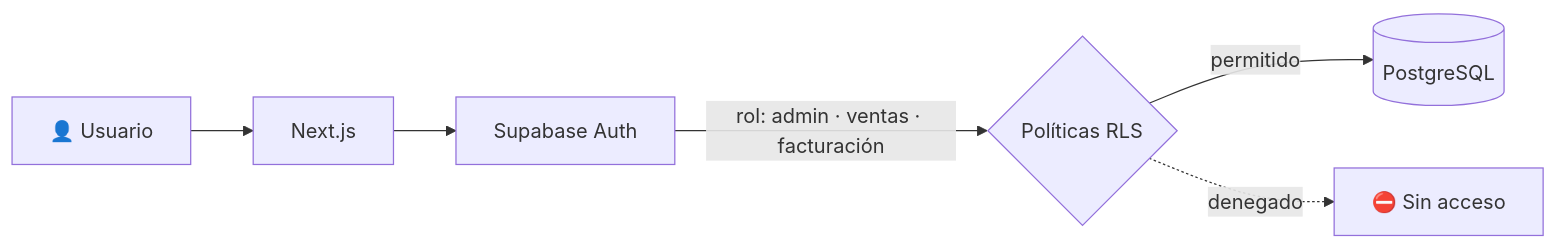
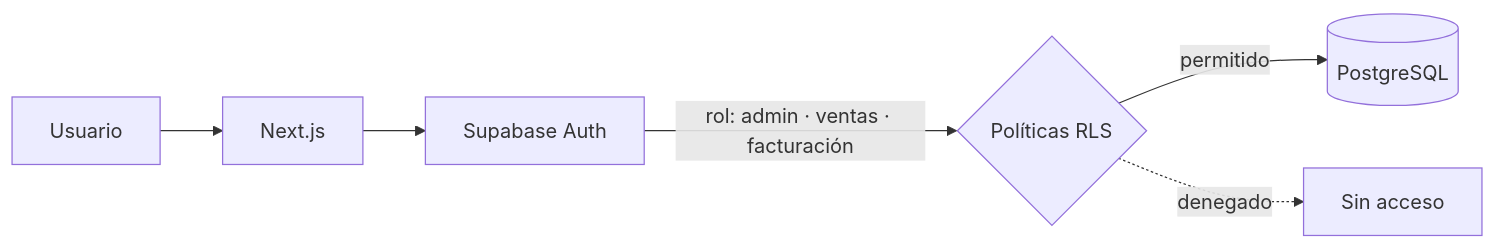
One commit to meyern01/arabsa-b2b-platform changed the diagram in README.md. Above: the diagram before and after it, drawn with Mermaid. The commit also changed other lines of this file, not shown here.

````diff
--- a/README.md
+++ b/README.md
@@ -41,8 +41,8 @@
 ```mermaid
 flowchart LR
-    U["👤 Usuario"] --> APP["Next.js"]
+    U["Usuario"] --> APP["Next.js"]
     APP --> AUTH["Supabase Auth"]
     AUTH -- "rol: admin · ventas · facturación" --> RLS{"Políticas RLS"}
     RLS -- "permitido" --> DB[("PostgreSQL")]
-    RLS -. "denegado" .-> X["⛔ Sin acceso"]
+    RLS -. "denegado" .-> X["Sin acceso"]
 ```
````
